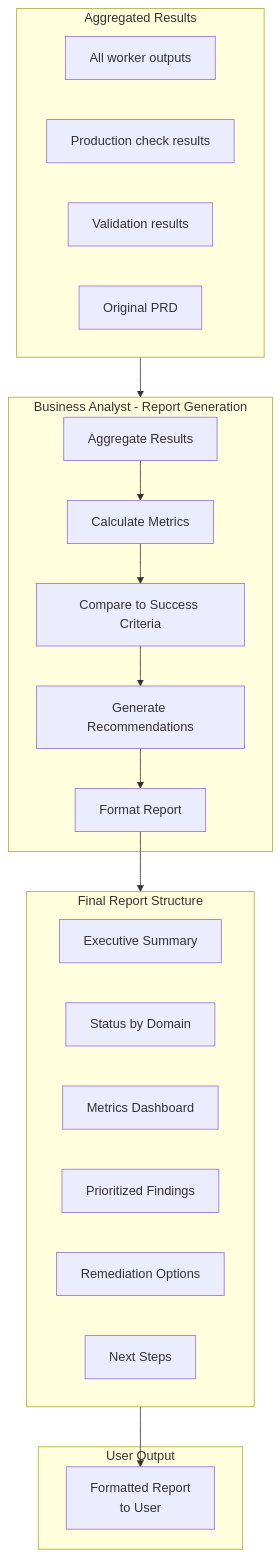
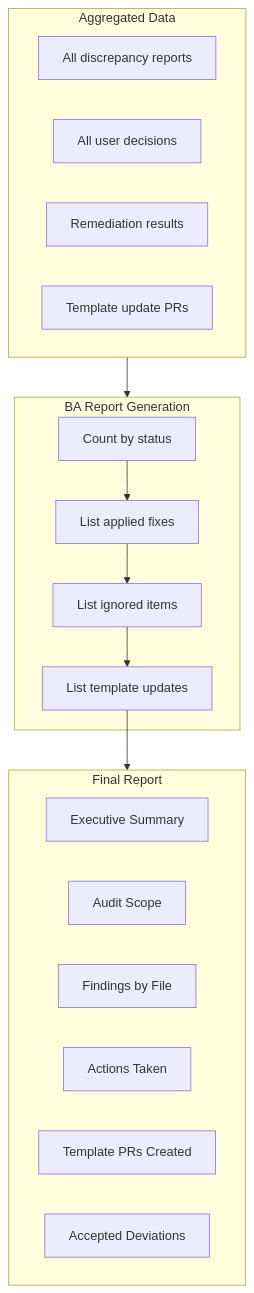
The eighth of 8 diagrams in docs/audit-command-target-state.md (metasaver/metasaver-marketplace), drawn with Mermaid before and after one commit. The commit also changed other lines of this file and 66 other files, not shown here.

First line of the commit message:
Refactor `/ms` command target state and introduce no-barrel architecture

````diff
--- a/docs/audit-command-target-state.md
+++ b/docs/audit-command-target-state.md
@@ -614,35 +521,29 @@
 ```mermaid
 flowchart TB
-    subgraph Inputs["Aggregated Results"]
-        I1["All worker outputs"]
-        I2["Production check results"]
-        I3["Validation results"]
-        I4["Original PRD"]
+    subgraph Input["Aggregated Data"]
+        I1["All discrepancy reports"]
+        I2["All user decisions"]
+        I3["Remediation results"]
+        I4["Template update PRs"]
     end
 
-    subgraph BA["Business Analyst - Report Generation"]
-        BA1["Aggregate Results"]
-        BA2["Calculate Metrics"]
-        BA3["Compare to Success Criteria"]
-        BA4["Generate Recommendations"]
-        BA5["Format Report"]
+    subgraph Generate["BA Report Generation"]
+        G1["Count by status"]
+        G2["List applied fixes"]
+        G3["List ignored items"]
+        G4["List template updates"]
     end
 
-    subgraph Report["Final Report Structure"]
+    subgraph Report["Final Report"]
         R1["Executive Summary"]
-        R2["Status by Domain"]
-        R3["Metrics Dashboard"]
-        R4["Prioritized Findings"]
-        R5["Remediation Options"]
-        R6["Next Steps"]
+        R2["Audit Scope"]
+        R3["Findings by File"]
+        R4["Actions Taken"]
+        R5["Template PRs Created"]
+        R6["Accepted Deviations"]
     end
 
-    subgraph Output["User Output"]
-        O["Formatted Report<br/>to User"]
-    end
-
-    Inputs --> BA
-    BA1 --> BA2 --> BA3 --> BA4 --> BA5
-    BA5 --> Report
-    Report --> O
+    Input --> Generate
+    G1 --> G2 --> G3 --> G4
+    G4 --> Report
 ```
````
